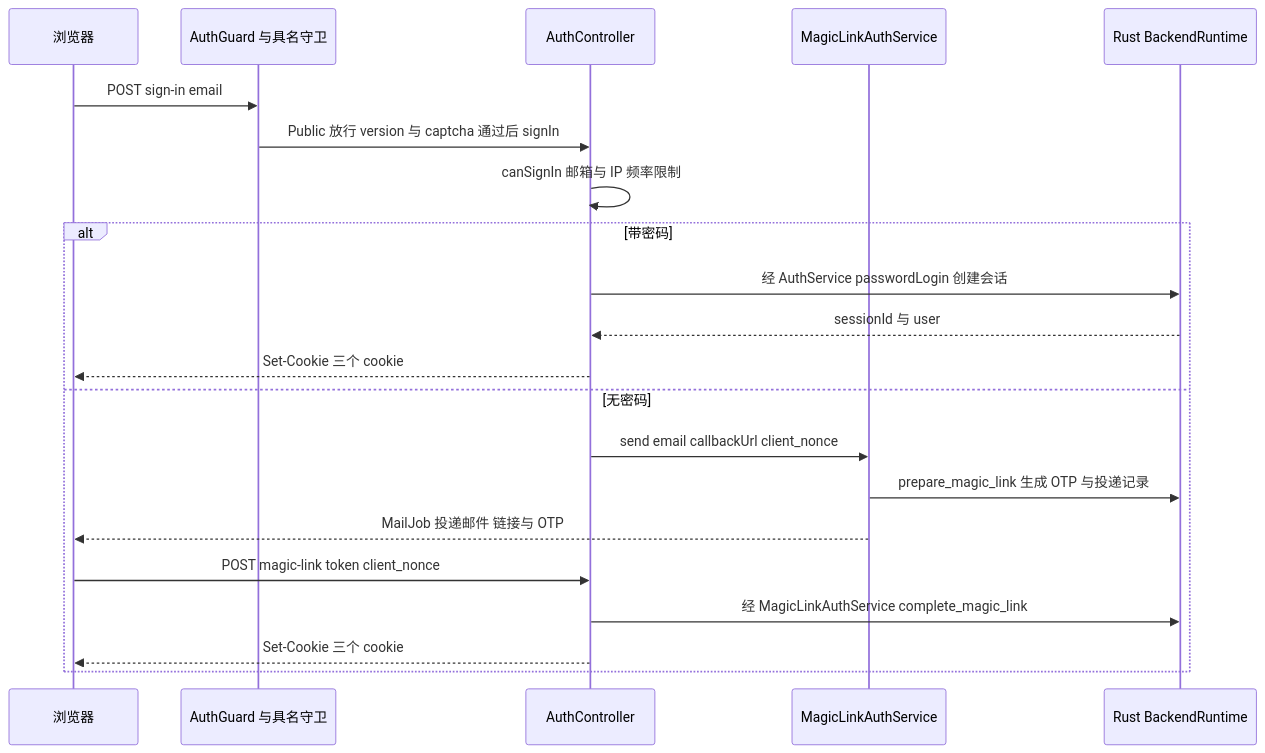
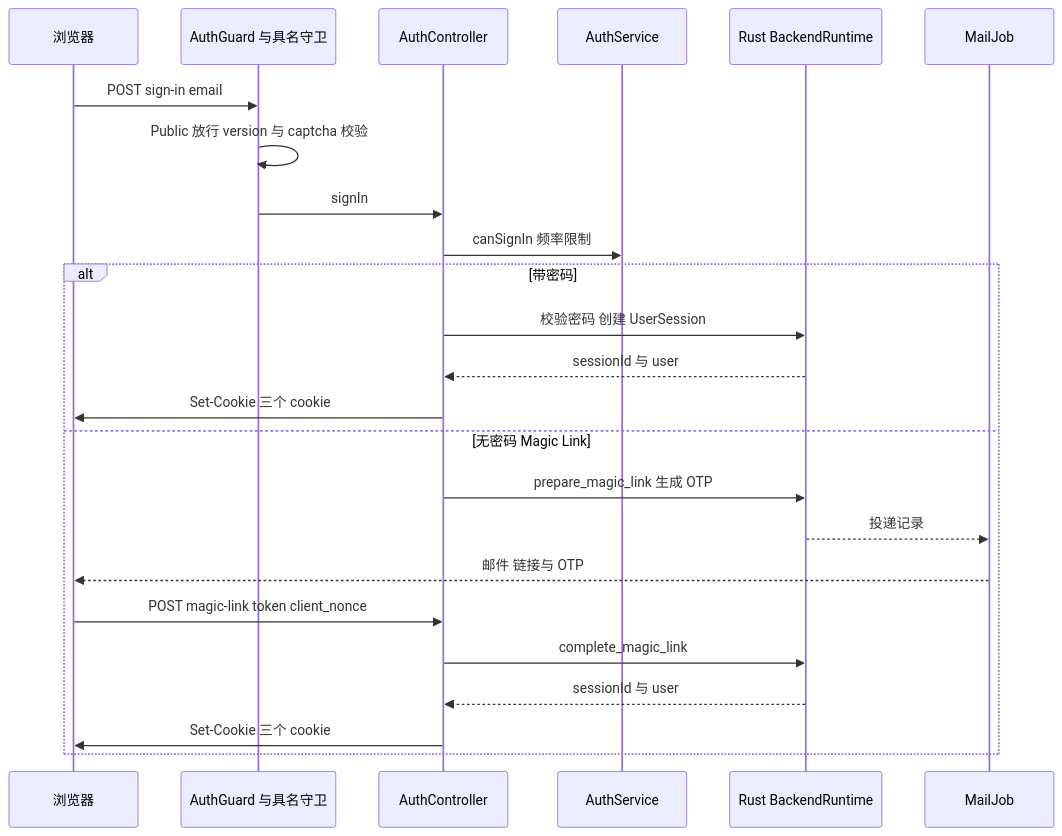
One commit to lfire/AFFiNE changed the fourth of 5 diagrams in learning-guide/slides/decks/23.md. Above: the diagram before and after it, drawn with Mermaid. The commit also changed other lines of this file and 46 other files, not shown here.

````diff
--- a/learning-guide/slides/decks/23.md
+++ b/learning-guide/slides/decks/23.md
@@ -309,23 +301,26 @@
 ```mermaid
 sequenceDiagram
-    participant U as 浏览器
-    participant G as AuthGuard 与具名守卫
-    participant C as AuthController
-    participant M as MagicLinkAuthService
-    participant R as Rust BackendRuntime
-    U->>G: POST sign-in email
-    G->>C: Public 放行 version 与 captcha 通过后 signIn
-    C->>C: canSignIn 邮箱与 IP 频率限制
-    alt 带密码
-        C->>R: 经 AuthService passwordLogin 创建会话
-        R-->>C: sessionId 与 user
-        C-->>U: Set-Cookie 三个 cookie
-    else 无密码
-        C->>M: send email callbackUrl client_nonce
-        M->>R: prepare_magic_link 生成 OTP 与投递记录
-        M-->>U: MailJob 投递邮件 链接与 OTP
-        U->>C: POST magic-link token client_nonce
-        C->>R: 经 MagicLinkAuthService complete_magic_link
-        C-->>U: Set-Cookie 三个 cookie
-    end
+  participant U as 浏览器
+  participant G as AuthGuard 与具名守卫
+  participant C as AuthController
+  participant S as AuthService
+  participant R as Rust BackendRuntime
+  participant Mail as MailJob
+  U->>G: POST sign-in email
+  G->>G: Public 放行 version 与 captcha 校验
+  G->>C: signIn
+  C->>S: canSignIn 频率限制
+  alt 带密码
+    C->>R: 校验密码 创建 UserSession
+    R-->>C: sessionId 与 user
+    C->>U: Set-Cookie 三个 cookie
+  else 无密码 Magic Link
+    C->>R: prepare_magic_link 生成 OTP
+    R-->>Mail: 投递记录
+    Mail-->>U: 邮件 链接与 OTP
+    U->>C: POST magic-link token client_nonce
+    C->>R: complete_magic_link
+    R-->>C: sessionId 与 user
+    C->>U: Set-Cookie 三个 cookie
+  end
 ```
````
